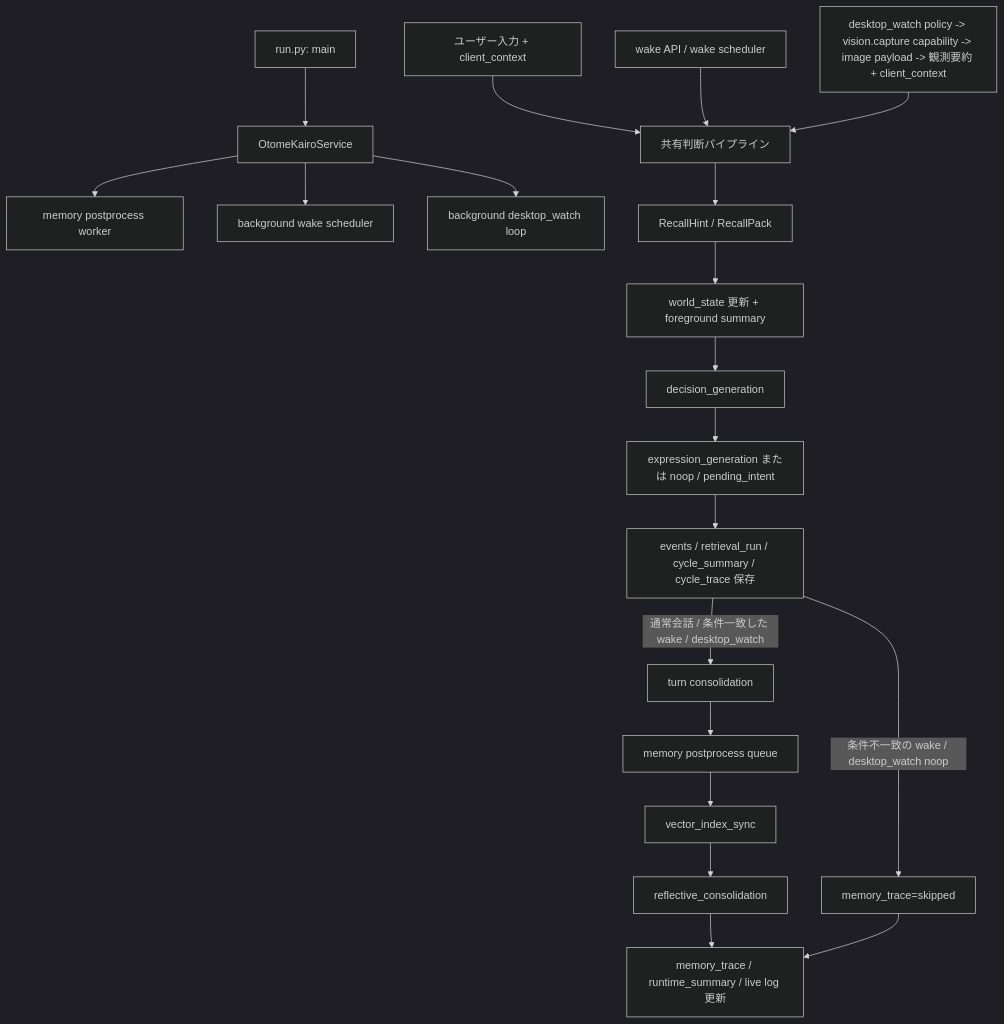
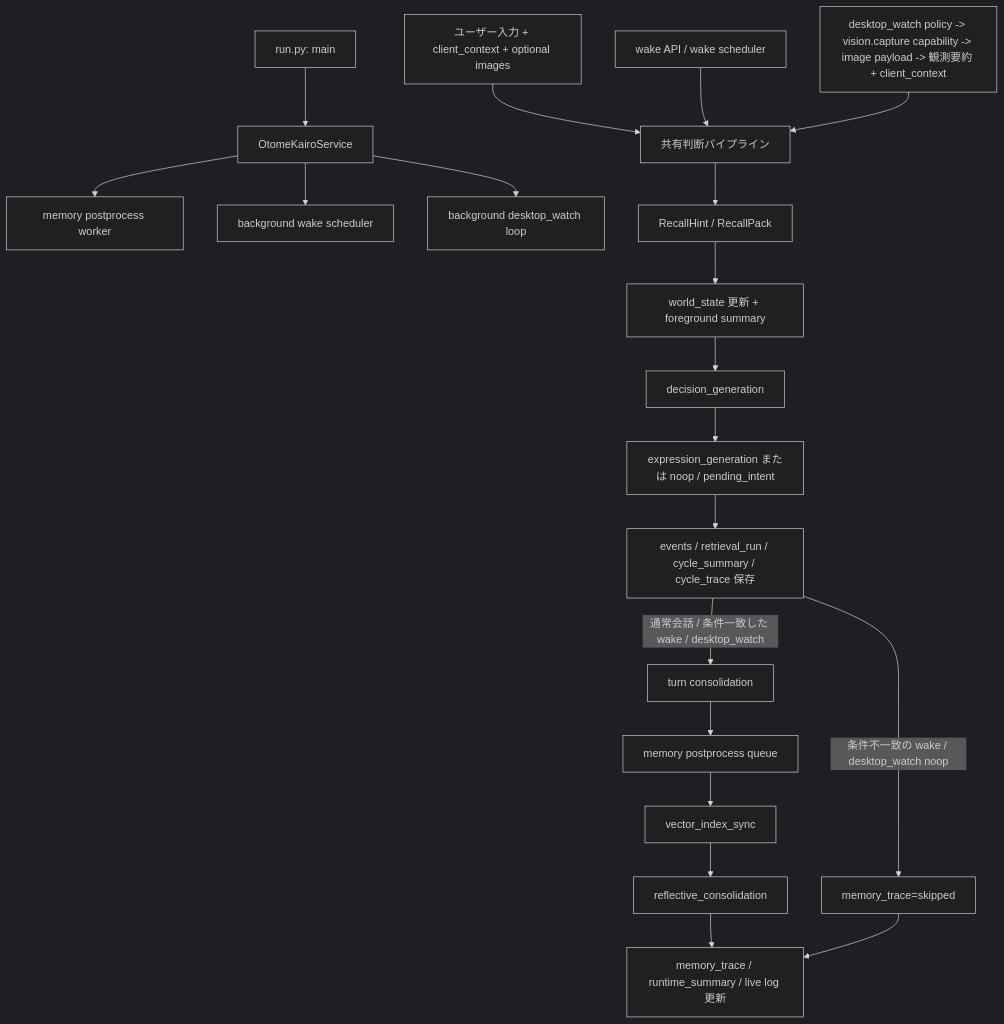
The second of 4 diagrams in docs/plan/02_現行処理フロー.md (hirona98/OtomeKairo), drawn with Mermaid (dark theme) before and after one commit. The commit also changed other lines of this file and 7 other files, not shown here.

````diff
--- a/docs/plan/02_現行処理フロー.md
+++ b/docs/plan/02_現行処理フロー.md
@@ -102,25 +102,25 @@
 ```mermaid
 flowchart TD
     Start["run.py: main"] --> Service["OtomeKairoService"]
     Service --> Worker["memory postprocess worker"]
     Service --> WakeLoop["background wake scheduler"]
     Service --> WatchLoop["background desktop_watch loop"]
 
-    User["ユーザー入力 + client_context"] --> Shared["共有判断パイプライン"]
+    User["ユーザー入力 + client_context + optional images"] --> Shared["共有判断パイプライン"]
     WakeAPI["wake API / wake scheduler"] --> Shared
     Watch["desktop_watch policy -> vision.capture capability -> image payload -> 観測要約 + client_context"] --> Shared
 
     Shared --> Recall["RecallHint / RecallPack"]
     Recall --> WorldState["world_state 更新 + foreground summary"]
     WorldState --> Decision["decision_generation"]
     Decision --> Reply["expression_generation または noop / pending_intent"]
     Reply --> Persist["events / retrieval_run / cycle_summary / cycle_trace 保存"]
 
     Persist -->|通常会話 / 条件一致した wake / desktop_watch| Memory["turn consolidation"]
     Persist -->|条件不一致の wake / desktop_watch noop| SkipMemory["memory_trace=skipped"]
     Memory --> Queue["memory postprocess queue"]
     Queue --> Vec["vector_index_sync"]
     Vec --> Reflect["reflective_consolidation"]
     Reflect --> Update["memory_trace / runtime_summary / live log 更新"]
     SkipMemory --> Update
 ```
````
